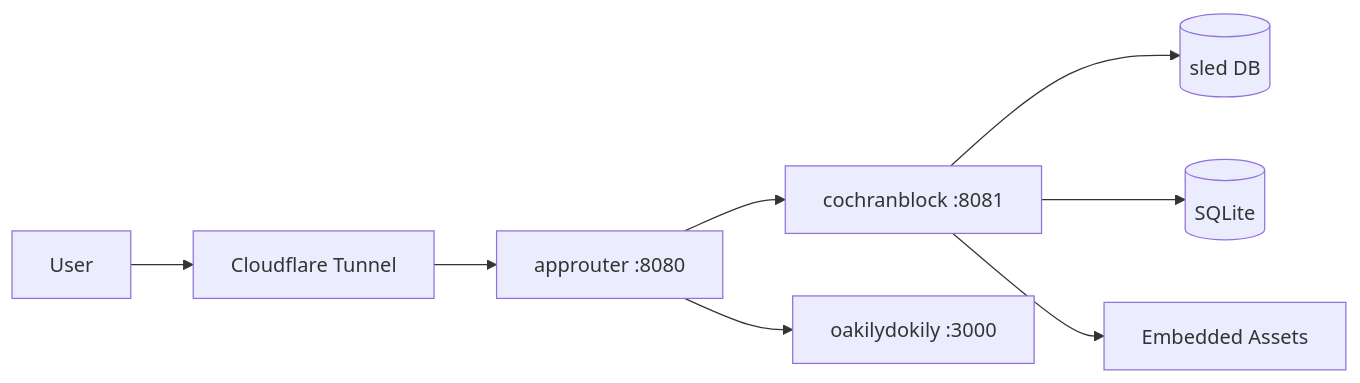
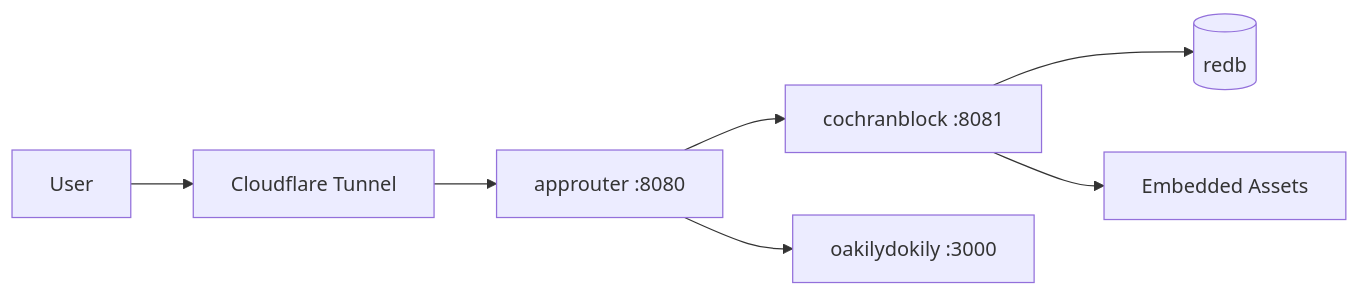
Before and after one commit to cochranblock/cochranblock: the diagram in PROOF_OF_ARTIFACTS.md, drawn with Mermaid. The commit also changed other lines of this file and 150 other files, not shown here.

````diff
--- a/PROOF_OF_ARTIFACTS.md
+++ b/PROOF_OF_ARTIFACTS.md
@@ -11,10 +11,9 @@
 ```mermaid
 flowchart LR
     User[User] --> CF[Cloudflare Tunnel]
     CF --> AR[approuter :8080]
     AR --> CB[cochranblock :8081]
     AR --> OD[oakilydokily :3000]
-    CB --> Sled[(sled DB)]
-    CB --> SQLite[(SQLite)]
+    CB --> Redb[(redb)]
     CB --> Assets[Embedded Assets]
 ```
````
